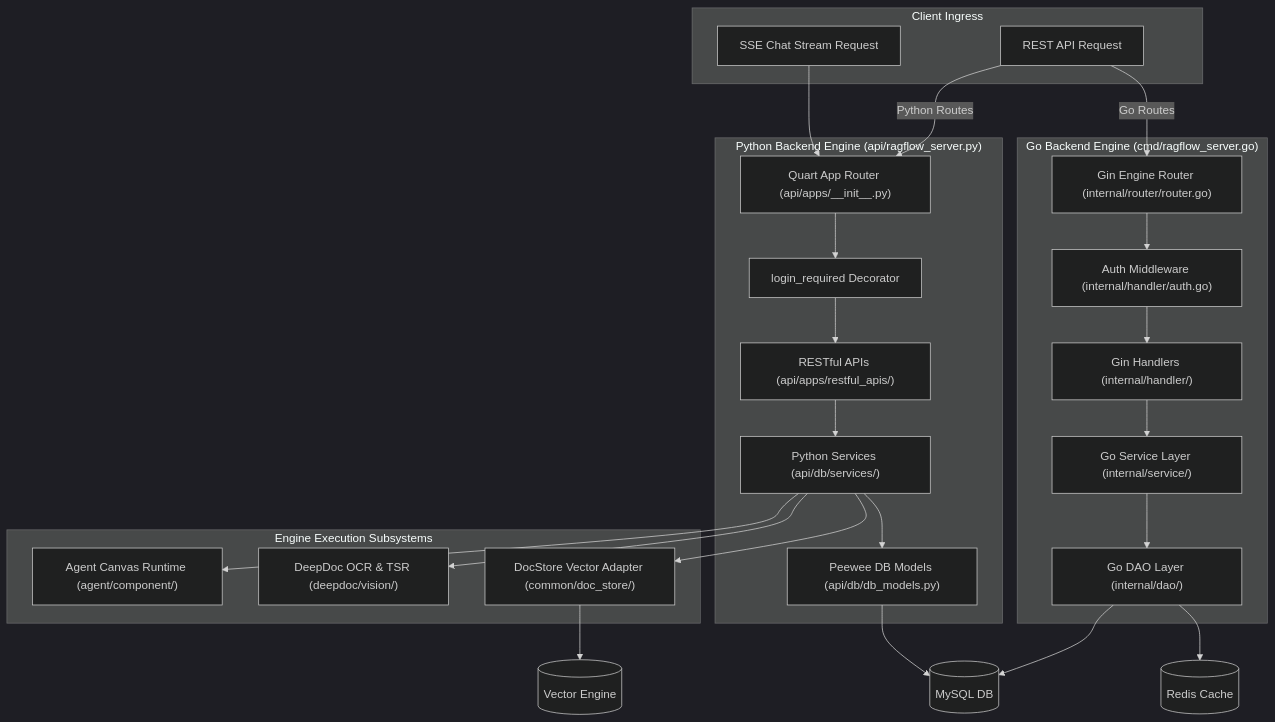
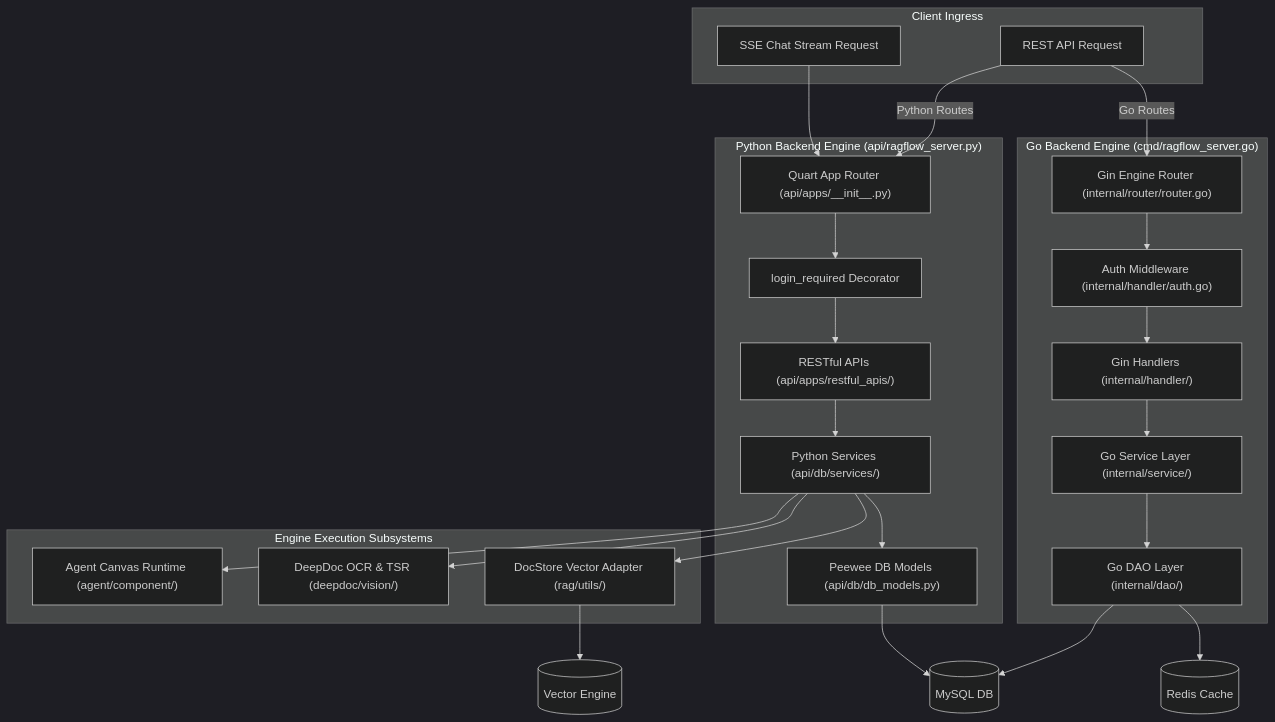
The diagram in ragflow-docs/03-backend/backend-architecture.md (6sLOGAN78/devRAG), drawn with Mermaid (dark theme) before and after one commit. The commit also changed other lines of this file and 35 other files, not shown here.

````diff
--- a/ragflow-docs/03-backend/backend-architecture.md
+++ b/ragflow-docs/03-backend/backend-architecture.md
@@ -16,44 +16,44 @@
 ```mermaid
 graph TB
     subgraph Client_Requests ["Client Ingress"]
         REST_Req["REST API Request"]
         SSE_Req["SSE Chat Stream Request"]
     end
 
     subgraph Go_Stack ["Go Backend Engine (cmd/ragflow_server.go)"]
         Gin_Engine["Gin Engine Router (internal/router/router.go)"]
         Go_Auth["Auth Middleware (internal/handler/auth.go)"]
         Go_Handler["Gin Handlers (internal/handler/)"]
         Go_Service["Go Service Layer (internal/service/)"]
         Go_DAO["Go DAO Layer (internal/dao/)"]
 
         Gin_Engine --> Go_Auth --> Go_Handler --> Go_Service --> Go_DAO
     end
 
     subgraph Py_Stack ["Python Backend Engine (api/ragflow_server.py)"]
         Quart_Engine["Quart App Router (api/apps/__init__.py)"]
         Py_Auth["login_required Decorator"]
         Py_API["RESTful APIs (api/apps/restful_apis/)"]
         Py_Service["Python Services (api/db/services/)"]
         Peewee_DB["Peewee DB Models (api/db/db_models.py)"]
 
         Quart_Engine --> Py_Auth --> Py_API --> Py_Service --> Peewee_DB
     end
 
     subgraph Subsystems ["Engine Execution Subsystems"]
         Agent_Engine["Agent Canvas Runtime (agent/component/)"]
         DeepDoc_Engine["DeepDoc OCR & TSR (deepdoc/vision/)"]
-        DocStore_Adapter["DocStore Vector Adapter (common/doc_store/)"]
+        DocStore_Adapter["DocStore Vector Adapter (rag/utils/)"]
 
         Py_Service --> Agent_Engine & DeepDoc_Engine & DocStore_Adapter
     end
 
     REST_Req -->|Go Routes| Gin_Engine
     REST_Req -->|Python Routes| Quart_Engine
     SSE_Req --> Quart_Engine
 
     Go_DAO --> MySQL[("MySQL DB")]
     Peewee_DB --> MySQL
     Go_DAO --> Redis[("Redis Cache")]
     DocStore_Adapter --> VectorDB[("Vector Engine")]
 ```
````
